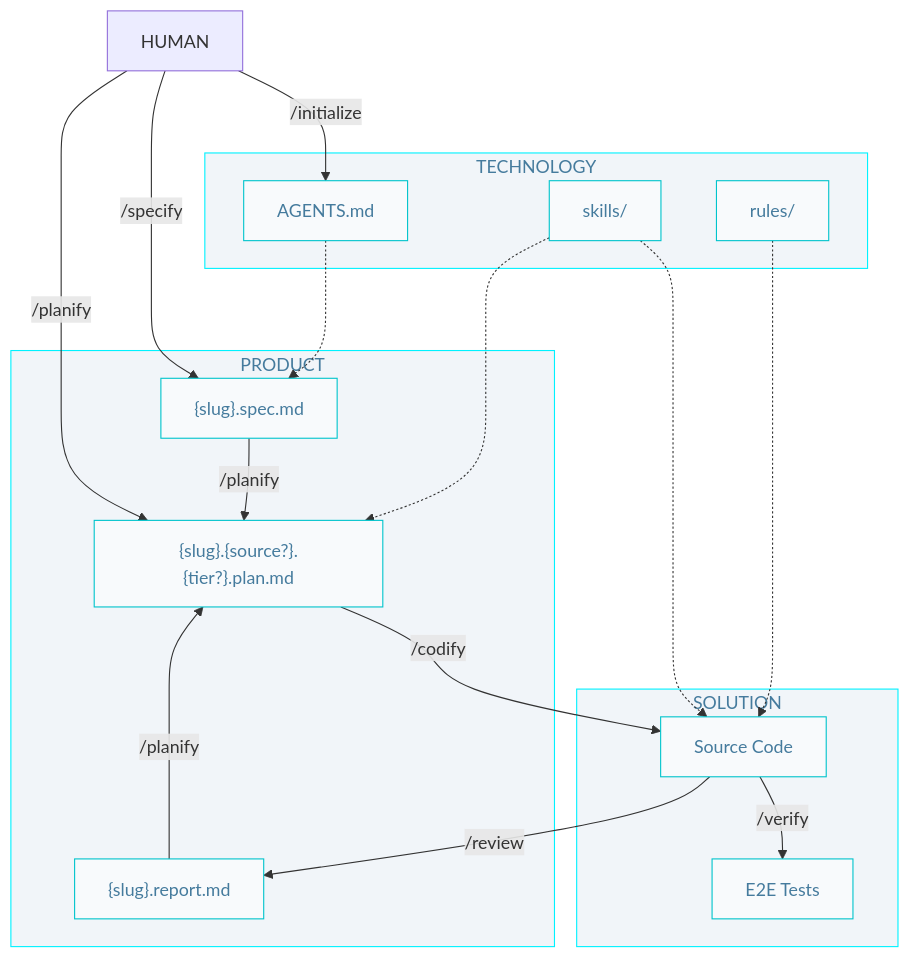
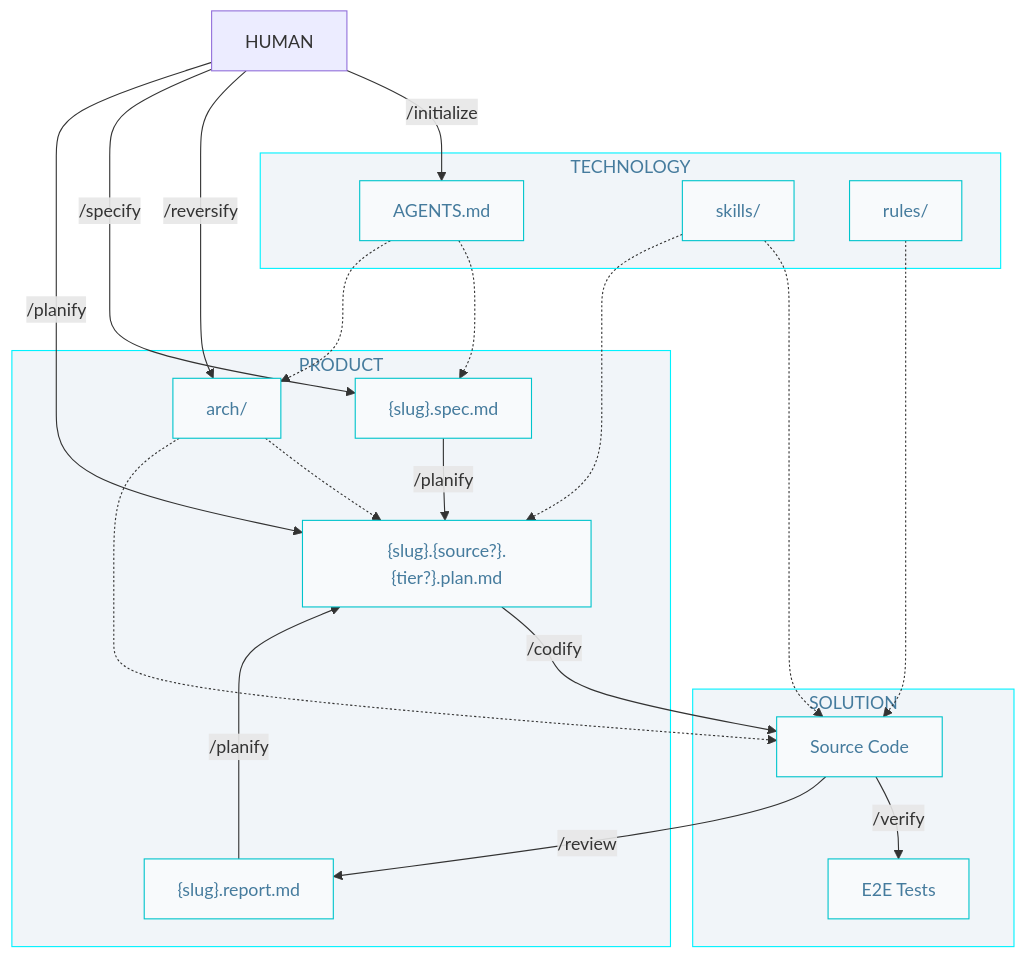
The diagram in docs/AIDD.workflow.md (AIDDbot/AIDDbot), drawn with Mermaid before and after one commit. The commit also changed other lines of this file and 5 other files, not shown here.

````diff
--- a/docs/AIDD.workflow.md
+++ b/docs/AIDD.workflow.md
@@ -3,38 +3,43 @@
 ```mermaid
 flowchart TD
   classDef nd fill:#f8fafc,stroke:#00c4cc,color:#457b9d
   classDef sg fill:#f1f5f9,stroke:#00f2ff,color:#457b9d 
 
   HUM[HUMAN]
 
   subgraph P["PRODUCT"]
       SPC["{slug}.spec.md"]:::nd
       PLN["{slug}.{source?}.{tier?}.plan.md"]:::nd
       RPT["{slug}.report.md"]:::nd
+      ARCH["arch/"]:::nd
   end
 
   subgraph T["TECHNOLOGY"]
       AGT["AGENTS.md"]:::nd
       SKL["skills/"]:::nd
       RUL["rules/"]:::nd
   end  
 
   subgraph S["SOLUTION"]
       COD[Source Code]:::nd
       E2E["E2E Tests"]:::nd
   end
 
   HUM -->|/initialize| AGT
+  HUM -->|/reversify| ARCH
   HUM -->|/specify| SPC
   HUM -->|/planify| PLN
   RPT -->|/planify| PLN
   AGT -.-> SPC  
+  AGT -.-> ARCH
   SKL & RUL -.-> COD  
   SKL -.-> PLN
   SPC -->|/planify| PLN
+  ARCH -.-> PLN
+  ARCH -.-> COD
   PLN -->|/codify| COD
   COD -->|/verify| E2E
   COD -->|/review| RPT
 
   class P,T,S sg
 ```
````
